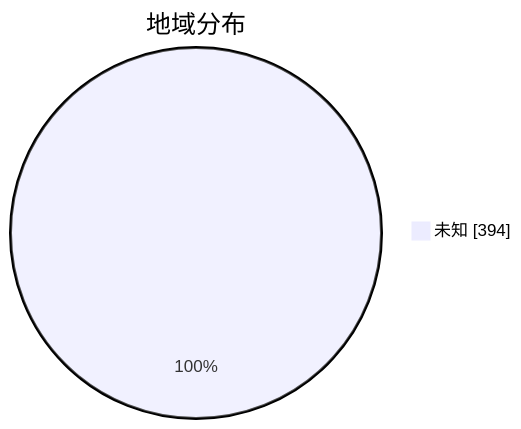
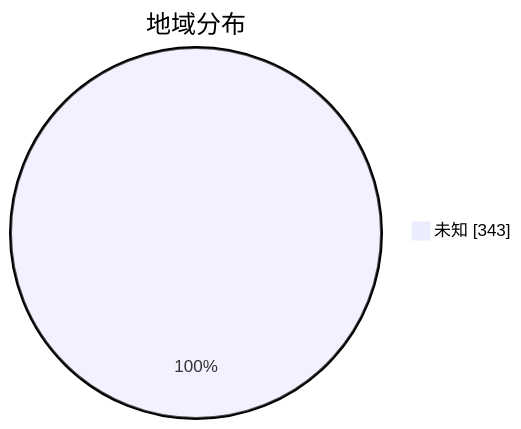
Before and after one commit to qjlxg/airport: the second of 3 diagrams in subs/statistics/tested_within.md, drawn with Mermaid. The commit also changed other lines of this file and 2 other files, not shown here.

````diff
--- a/subs/statistics/tested_within.md
+++ b/subs/statistics/tested_within.md
@@ -14,5 +14,5 @@
 ```mermaid
 pie showData
 title 地域分布
-"未知" : 394
+"未知" : 343
 ```
````
